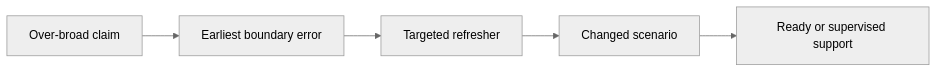
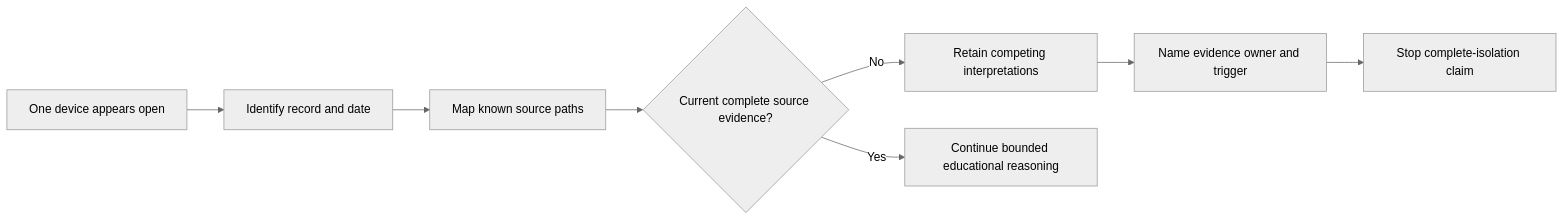
Before and after one commit to andrew3stedall/capstone: the second of 2 diagrams in docs/learning-plans/12-week/modules/day-40-rest-retrieval-and-boundary-condition-review.md, drawn with Mermaid (neutral theme). The commit also changed other lines of this file and 3 other files, not shown here.

````diff
--- a/docs/learning-plans/12-week/modules/day-40-rest-retrieval-and-boundary-condition-review.md
+++ b/docs/learning-plans/12-week/modules/day-40-rest-retrieval-and-boundary-condition-review.md
@@ -79,7 +155,10 @@
 ```mermaid
 flowchart LR
-    A[Over-broad claim] --> B[Earliest boundary error]
-    B --> C[Targeted refresher]
-    C --> D[Changed scenario]
-    D --> E[Ready or supervised support]
+    A[One device appears open] --> B[Identify record and date]
+    B --> C[Map known source paths]
+    C --> D{Current complete source evidence?}
+    D -->|No| E[Retain competing interpretations]
+    E --> F[Name evidence owner and trigger]
+    F --> G[Stop complete-isolation claim]
+    D -->|Yes| H[Continue bounded educational reasoning]
 ```
````
